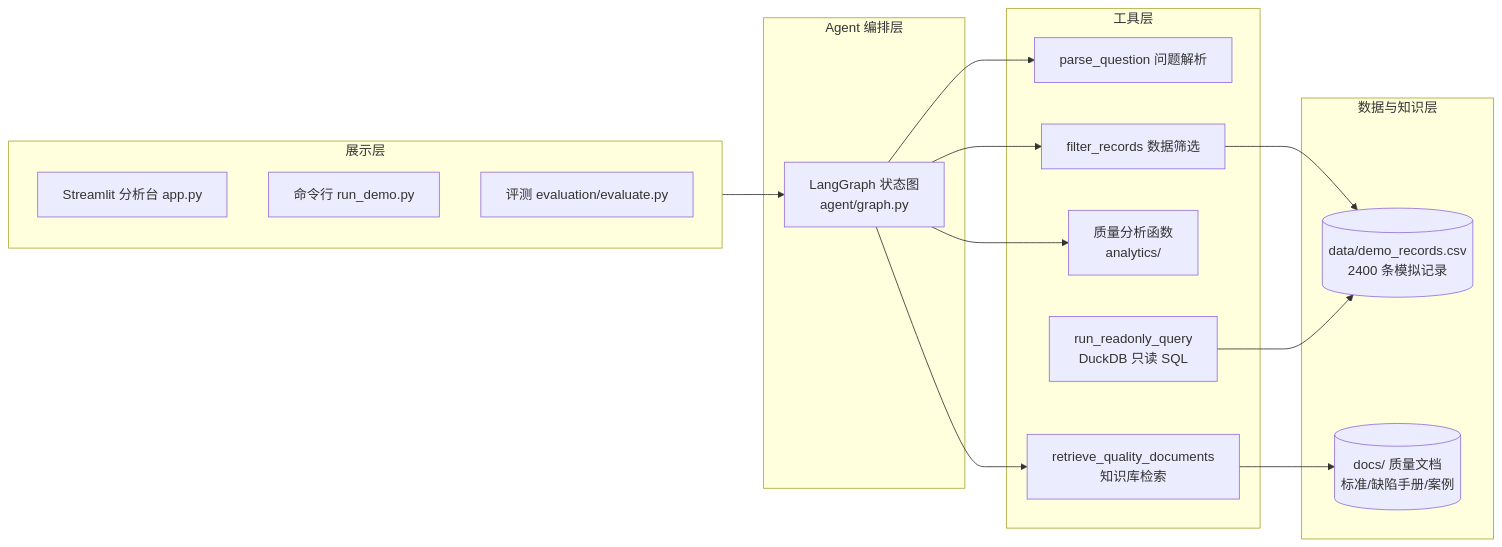
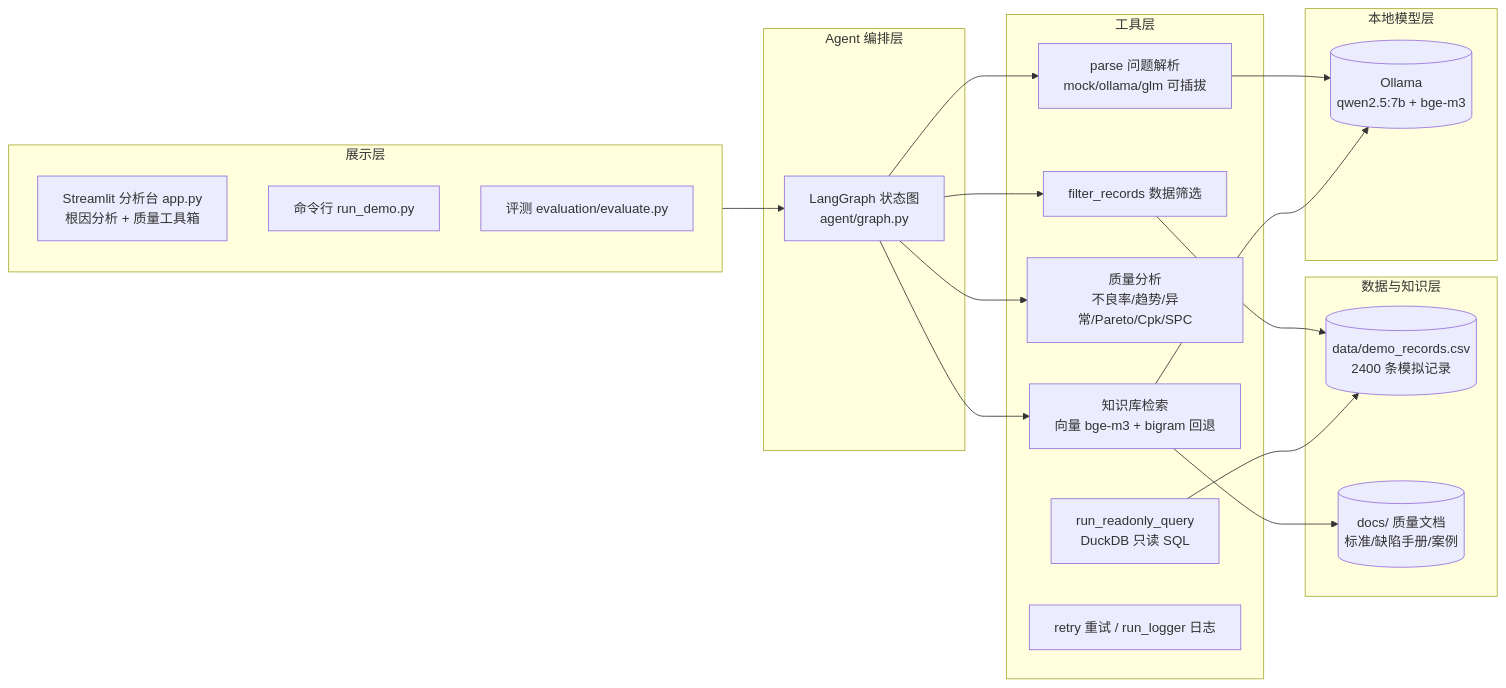
Before and after one commit to Satulalala/manufacturing-quality-agent: the first of 2 diagrams in README.md, drawn with Mermaid. The commit also changed other lines of this file, not shown here.

First line of the commit message:
docs: refresh README for local-LLM architecture and toolbox

````diff
--- a/README.md
+++ b/README.md
@@ -120,27 +121,33 @@
 ```mermaid
 flowchart LR
     subgraph UI[展示层]
-        App[Streamlit 分析台 app.py]
+        App[Streamlit 分析台 app.py<br/>根因分析 + 质量工具箱]
         CLI[命令行 run_demo.py]
         Eval[评测 evaluation/evaluate.py]
     end
     subgraph Agent[Agent 编排层]
         Graph[LangGraph 状态图<br/>agent/graph.py]
     end
     subgraph Tools[工具层]
-        P[parse_question 问题解析]
+        P[parse 问题解析<br/>mock/ollama/glm 可插拔]
         Q[filter_records 数据筛选]
-        A[质量分析函数<br/>analytics/]
-        K[retrieve_quality_documents<br/>知识库检索]
+        A[质量分析<br/>不良率/趋势/异常/Pareto/Cpk/SPC]
+        K[知识库检索<br/>向量 bge-m3 + bigram 回退]
         S[run_readonly_query<br/>DuckDB 只读 SQL]
+        R[retry 重试 / run_logger 日志]
     end
     subgraph Data[数据与知识层]
         CSV[(data/demo_records.csv<br/>2400 条模拟记录)]
         Docs[(docs/ 质量文档<br/>标准/缺陷手册/案例)]
     end
+    subgraph Local[本地模型层]
+        Ollama[(Ollama<br/>qwen2.5:7b + bge-m3)]
+    end
     UI --> Graph
     Graph --> P & Q & A & K
+    P --> Ollama
+    K --> Ollama
     Q --> CSV
     S --> CSV
     K --> Docs
 ```
````
